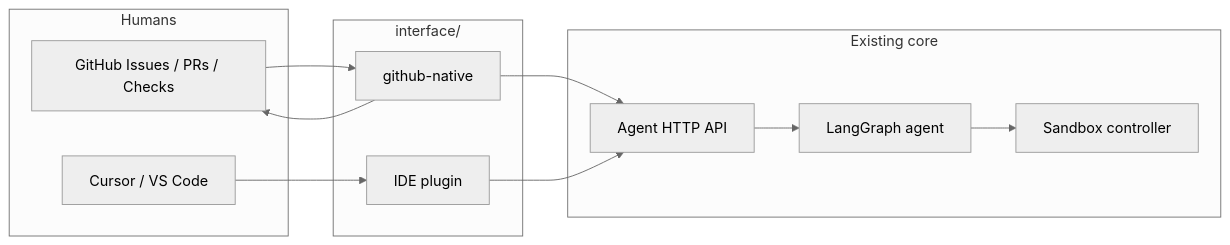
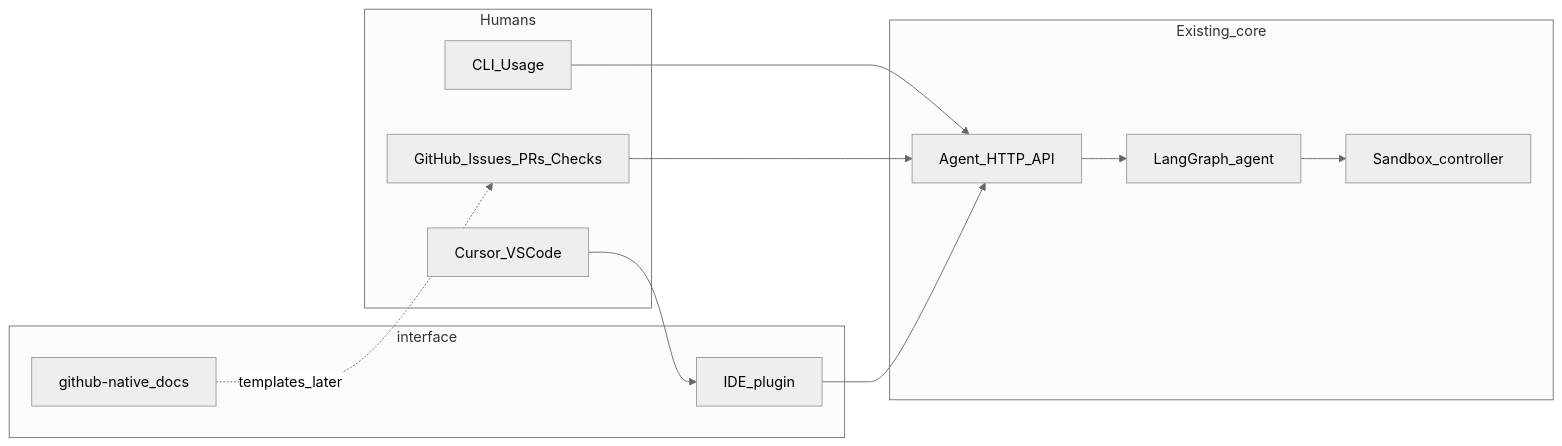
The diagram in interface/prd.md (AWaleed-Ahmed/Raphael), drawn with Mermaid (neutral theme) before and after one commit. The commit also changed other lines of this file and 40 other files, not shown here.

First line of the commit message:
feat: Add IDE extension scaffold, i0 run API, and update documentation

````diff
--- a/interface/prd.md
+++ b/interface/prd.md
@@ -50,23 +53,24 @@
 ```mermaid
 flowchart LR
   subgraph humans [Humans]
-    GH[GitHub Issues / PRs / Checks]
-    IDE[Cursor / VS Code]
+    CLI[CLI_Usage]
+    GH[GitHub_Issues_PRs_Checks]
+    IDE[Cursor_VSCode]
   end
-  subgraph interface_layer [interface/]
-    GHN[github-native]
-    IDP[IDE plugin]
+  subgraph interface_layer [interface]
+    GHN[github-native_docs]
+    IDP[IDE_plugin]
   end
-  subgraph core [Existing core]
-    API[Agent HTTP API]
-    AG[LangGraph agent]
-    SB[Sandbox controller]
+  subgraph core [Existing_core]
+    API[Agent_HTTP_API]
+    AG[LangGraph_agent]
+    SB[Sandbox_controller]
   end
-  GH --> GHN
+  CLI --> API
+  GH --> API
   IDE --> IDP
-  GHN --> API
   IDP --> API
-  GHN --> GH
+  GHN -.->|templates_later| GH
   API --> AG
   AG --> SB
 ```
````
